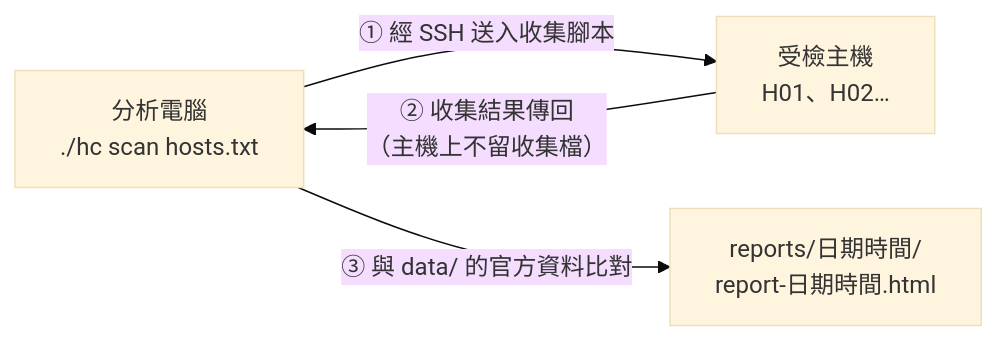
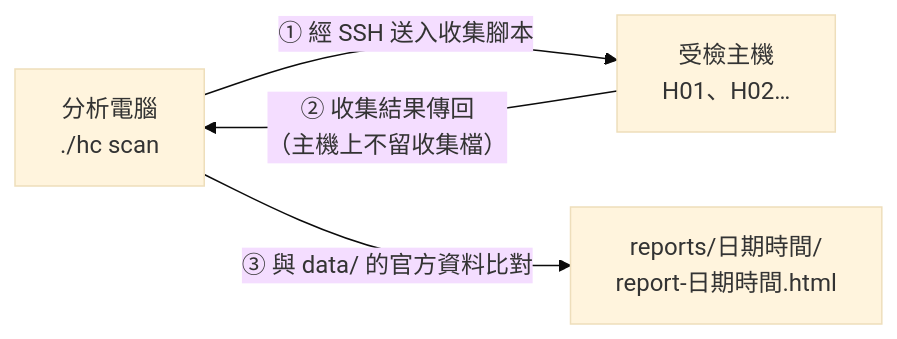
Before and after one commit to ikusupuroaj/Ubuntu-Server-Audit: the first of 2 diagrams in README.md, drawn with Mermaid (base theme). The commit also changed other lines of this file and 12 other files, not shown here.

````diff
--- a/README.md
+++ b/README.md
@@ -74,6 +99,6 @@
 ```mermaid
 flowchart LR
-  A["分析電腦<br>./hc scan hosts.txt"] -- "① 經 SSH 送入收集腳本" --> B["受檢主機<br>H01、H02…"]
+  A["分析電腦<br>./hc scan"] -- "① 經 SSH 送入收集腳本" --> B["受檢主機<br>H01、H02…"]
   B -- "② 收集結果傳回<br>（主機上不留收集檔）" --> A
   A -- "③ 與 data/ 的官方資料比對" --> C["reports/日期時間/<br>report-日期時間.html"]
 ```
````
